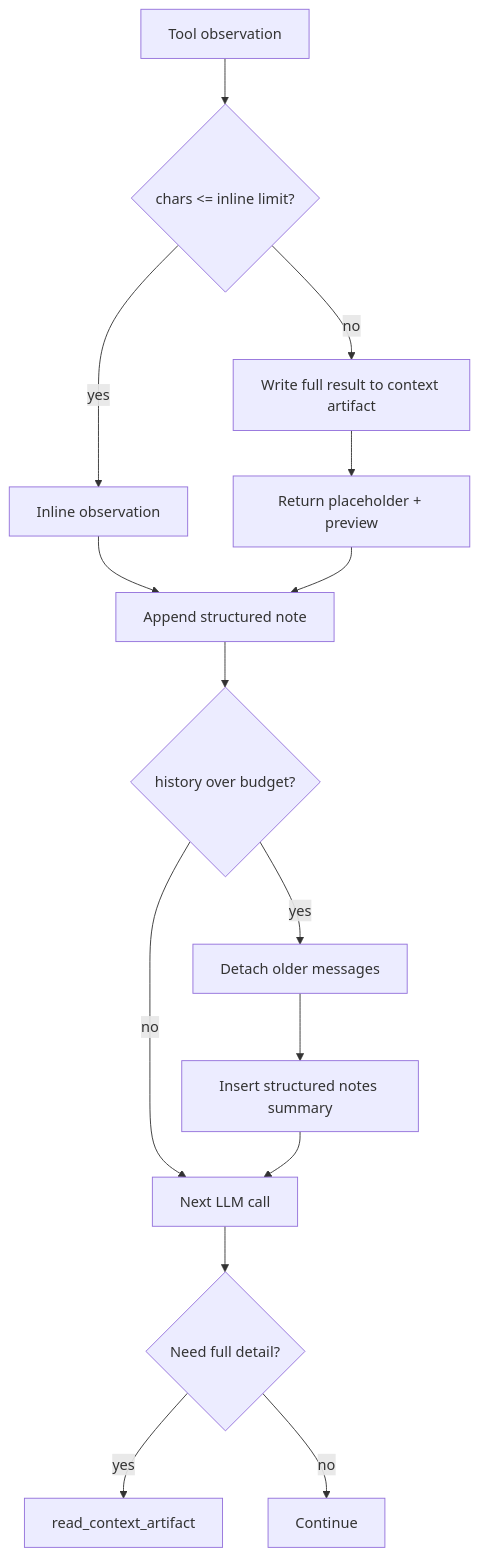
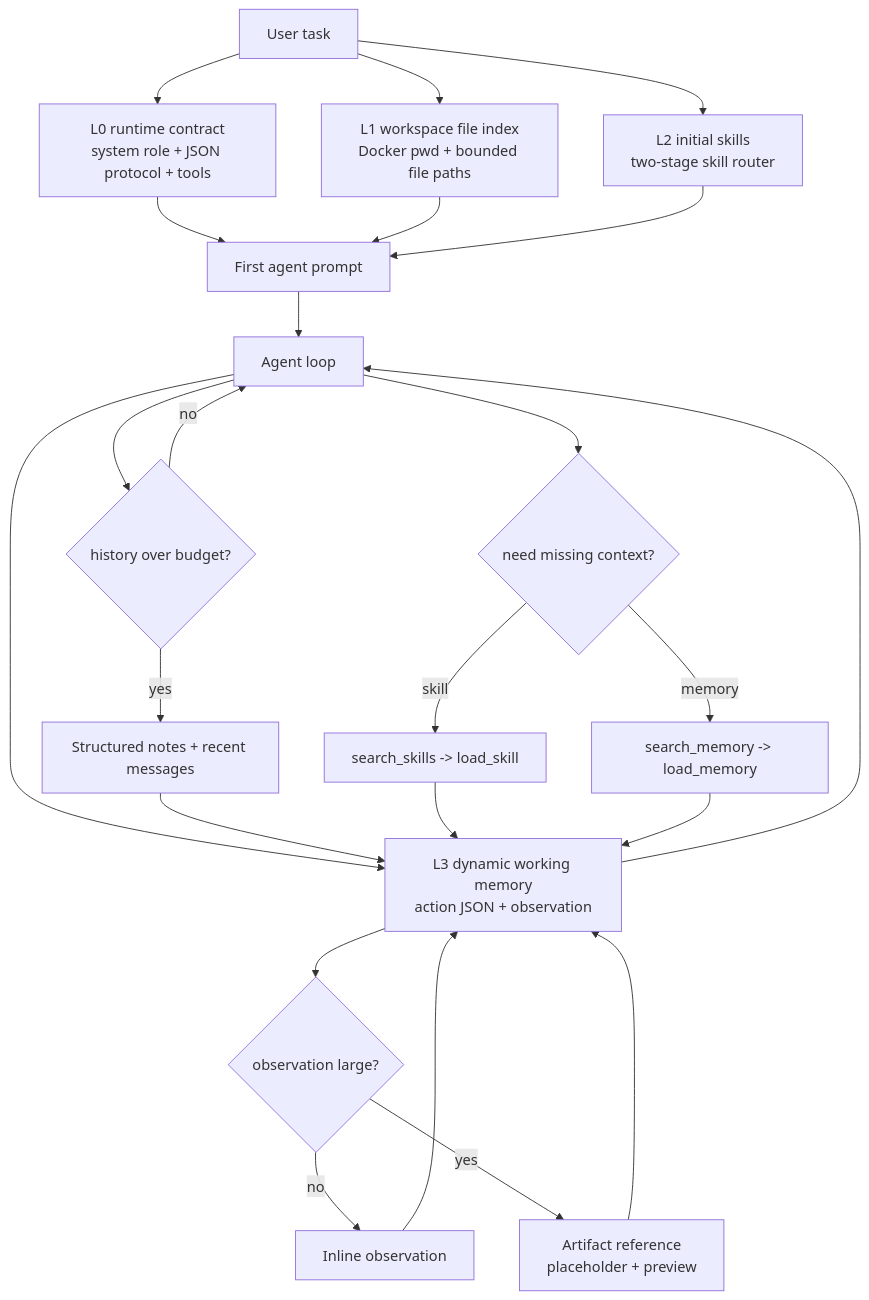
Before and after one commit to Cachuela11/MiniCode: the fourth of 4 diagrams in README.md, drawn with Mermaid. The commit also changed other lines of this file and 7 other files, not shown here.

````diff
--- a/README.md
+++ b/README.md
@@ -168,17 +168,26 @@
 ```mermaid
 flowchart TD
-    A[Tool observation] --> B{chars <= inline limit?}
-    B -->|yes| C[Inline observation]
-    B -->|no| D[Write full result to context artifact]
-    D --> E[Return placeholder + preview]
-    C --> F[Append structured note]
-    E --> F
-    F --> G{history over budget?}
-    G -->|no| H[Next LLM call]
-    G -->|yes| I[Detach older messages]
-    I --> J[Insert structured notes summary]
-    J --> H
-    H --> K{Need full detail?}
-    K -->|yes| L[read_context_artifact]
-    K -->|no| M[Continue]
+    A[User task] --> L0[L0 runtime contract<br/>system role + JSON protocol + tools]
+    A --> L1[L1 workspace file index<br/>Docker pwd + bounded file paths]
+    A --> L2[L2 initial skills<br/>two-stage skill router]
+    L0 --> P[First agent prompt]
+    L1 --> P
+    L2 --> P
+    P --> LOOP[Agent loop]
+    LOOP --> L3[L3 dynamic working memory<br/>action JSON + observation]
+    L3 --> C{observation large?}
+    C -->|no| I[Inline observation]
+    C -->|yes| A4[Artifact reference<br/>placeholder + preview]
+    I --> L3
+    A4 --> L3
+    LOOP --> B{history over budget?}
+    B -->|yes| N[Structured notes + recent messages]
+    N --> L3
+    B -->|no| LOOP
+    LOOP --> D{need missing context?}
+    D -->|skill| S[search_skills -> load_skill]
+    D -->|memory| M[search_memory -> load_memory]
+    S --> L3
+    M --> L3
+    L3 --> LOOP
 ```
````
